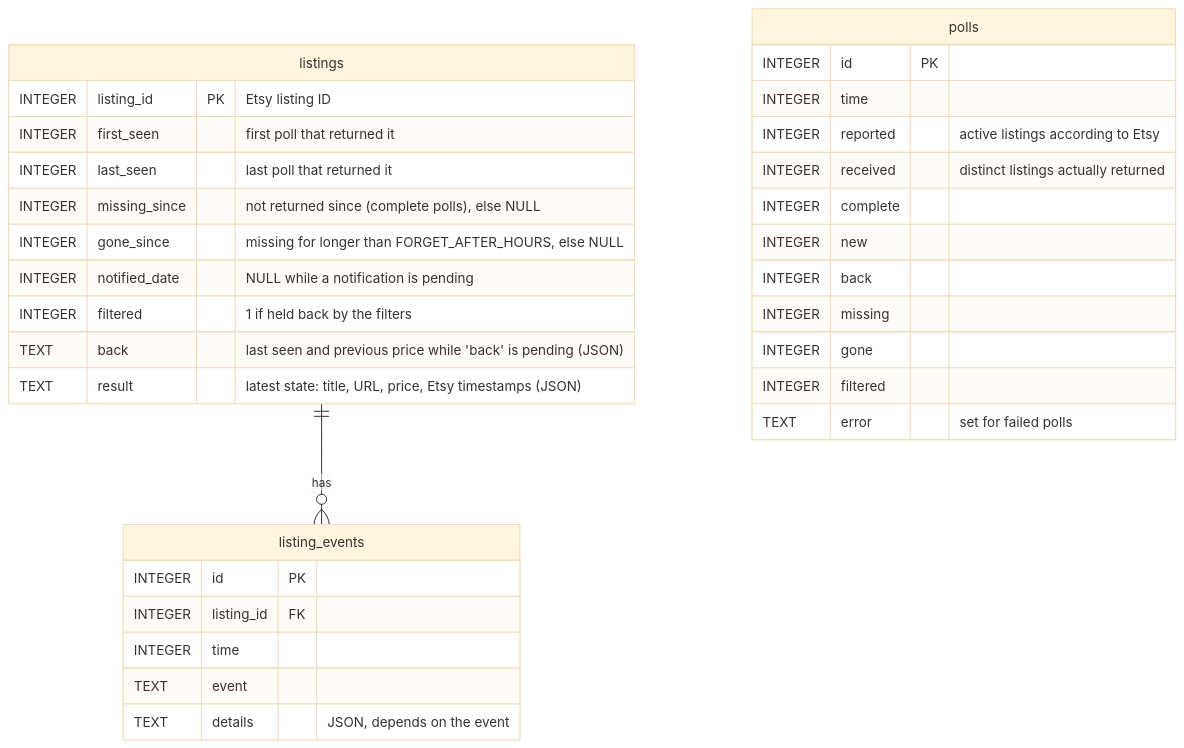
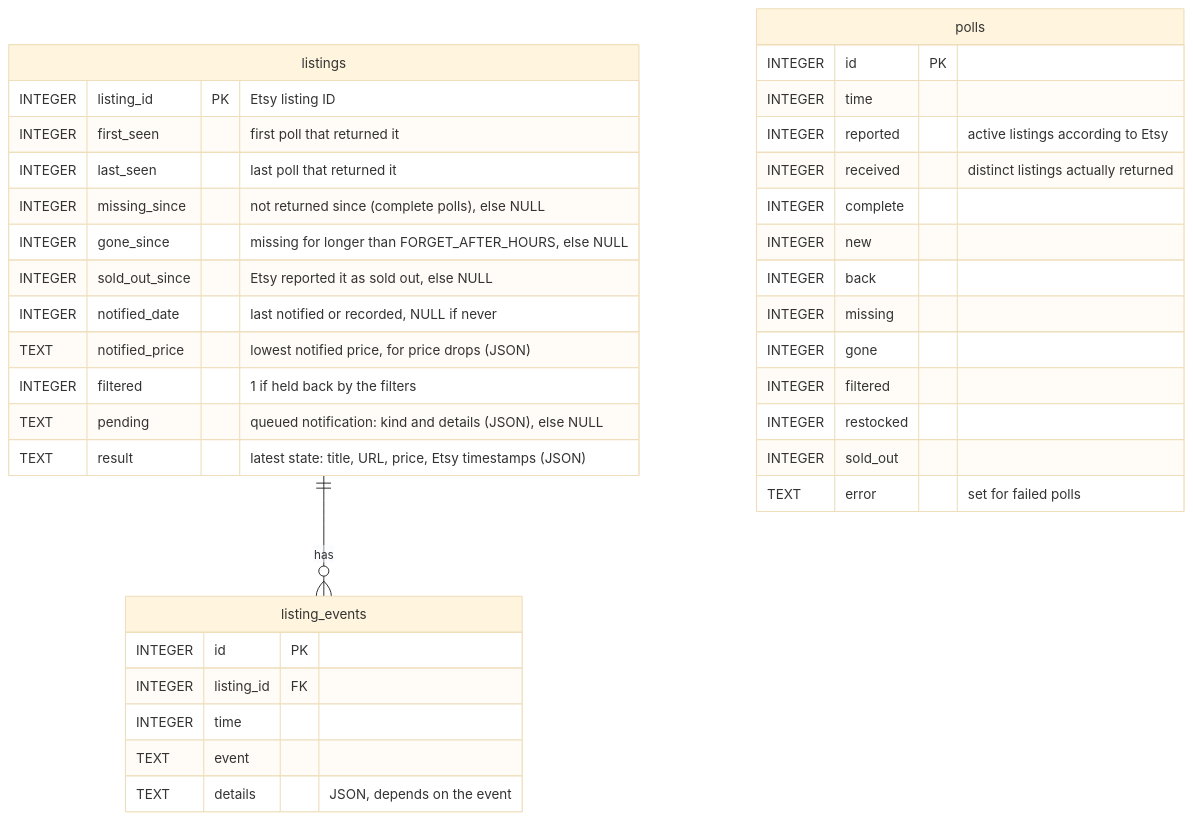
Before and after one commit to spielkind/etsy-notify: the diagram in docs/architecture.md, drawn with Mermaid (base theme). The commit also changed other lines of this file and 32 other files, not shown here.

First line of the commit message:
feat: restocked, price changes, sold out and low stock (1.3.0) (#29)

````diff
--- a/docs/architecture.md
+++ b/docs/architecture.md
@@ -67,35 +71,39 @@
 ```mermaid
 erDiagram
     listings ||--o{ listing_events : has
     listings {
         INTEGER listing_id PK "Etsy listing ID"
         INTEGER first_seen "first poll that returned it"
         INTEGER last_seen "last poll that returned it"
         INTEGER missing_since "not returned since (complete polls), else NULL"
         INTEGER gone_since "missing for longer than FORGET_AFTER_HOURS, else NULL"
-        INTEGER notified_date "NULL while a notification is pending"
+        INTEGER sold_out_since "Etsy reported it as sold out, else NULL"
+        INTEGER notified_date "last notified or recorded, NULL if never"
+        TEXT notified_price "lowest notified price, for price drops (JSON)"
         INTEGER filtered "1 if held back by the filters"
-        TEXT back "last seen and previous price while 'back' is pending (JSON)"
+        TEXT pending "queued notification: kind and details (JSON), else NULL"
         TEXT result "latest state: title, URL, price, Etsy timestamps (JSON)"
     }
     listing_events {
         INTEGER id PK
         INTEGER listing_id FK
         INTEGER time
         TEXT event
         TEXT details "JSON, depends on the event"
     }
     polls {
         INTEGER id PK
         INTEGER time
         INTEGER reported "active listings according to Etsy"
         INTEGER received "distinct listings actually returned"
         INTEGER complete
         INTEGER new
         INTEGER back
         INTEGER missing
         INTEGER gone
         INTEGER filtered
+        INTEGER restocked
+        INTEGER sold_out
         TEXT error "set for failed polls"
     }
 ```
````
